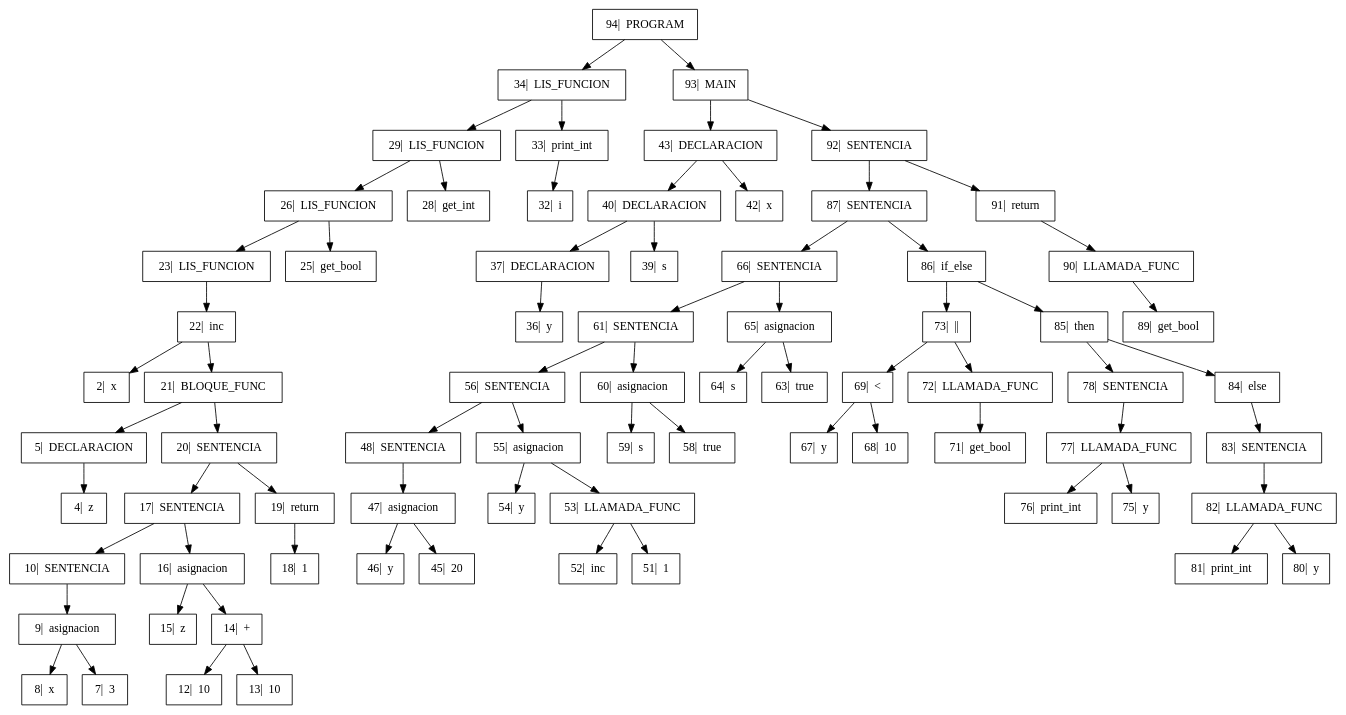
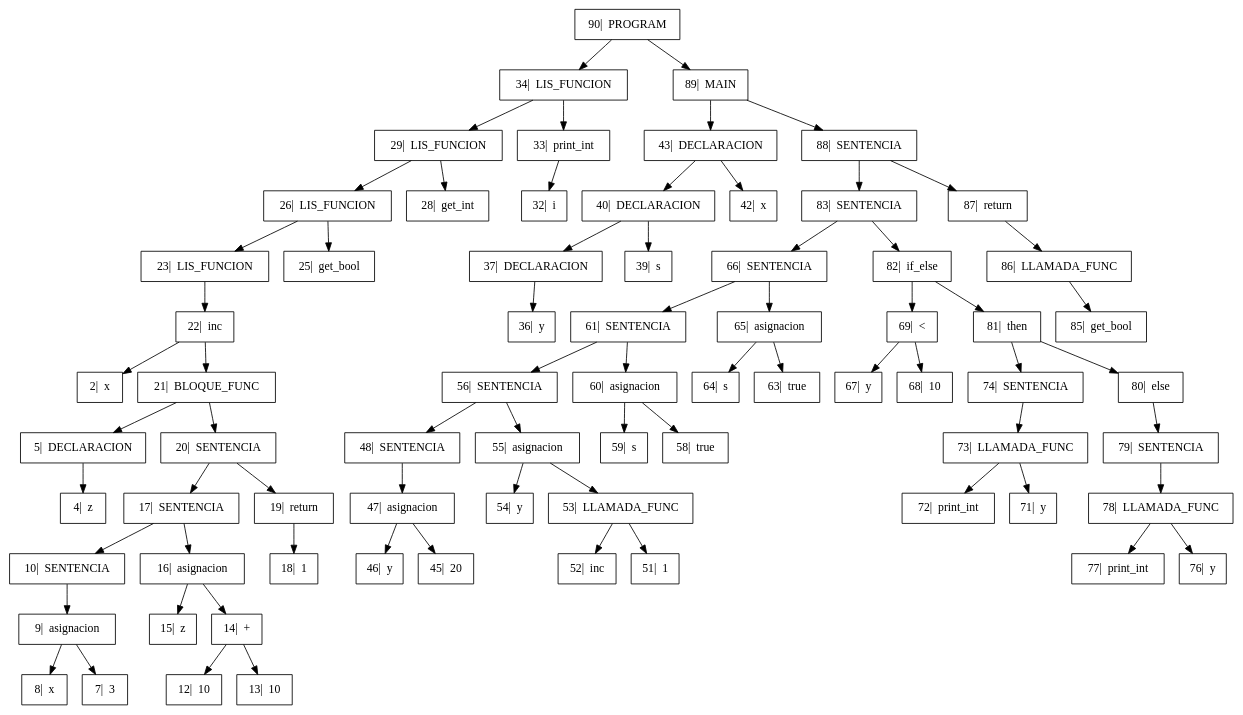
Before and after one commit to GiovA07/PRE-PROYECTO-COMPILADORES: the diagram in Proyecto/output/Arbol.dot, drawn with Graphviz. The commit also changed 1 other file, not shown here.

```diff
--- a/Proyecto/output/Arbol.dot
+++ b/Proyecto/output/Arbol.dot
@@ -1,49 +1,47 @@
 digraph{
 
 rankdir=TB;
 
 node[shape=box];
-"94|  PROGRAM" -> "34|  LIS_FUNCION", "93|  MAIN";
+"90|  PROGRAM" -> "34|  LIS_FUNCION", "89|  MAIN";
 "34|  LIS_FUNCION" -> "29|  LIS_FUNCION", "33|  print_int";
 "29|  LIS_FUNCION" -> "26|  LIS_FUNCION", "28|  get_int";
 "26|  LIS_FUNCION" -> "23|  LIS_FUNCION", "25|  get_bool";
 "23|  LIS_FUNCION" -> "22|  inc" ;
 "22|  inc" -> "2|  x", "21|  BLOQUE_FUNC";
 "21|  BLOQUE_FUNC" -> "5|  DECLARACION", "20|  SENTENCIA";
 "5|  DECLARACION" -> "4|  z" ;
 "20|  SENTENCIA" -> "17|  SENTENCIA", "19|  return";
 "17|  SENTENCIA" -> "10|  SENTENCIA", "16|  asignacion";
 "10|  SENTENCIA" -> "9|  asignacion" ;
 "9|  asignacion" -> "8|  x", "7|  3";
 "16|  asignacion" -> "15|  z", "14|  +";
 "14|  +" -> "12|  10", "13|  10";
 "19|  return" -> "18|  1" ;
 "33|  print_int" -> "32|  i" ;
-"93|  MAIN" -> "43|  DECLARACION", "92|  SENTENCIA";
+"89|  MAIN" -> "43|  DECLARACION", "88|  SENTENCIA";
 "43|  DECLARACION" -> "40|  DECLARACION", "42|  x";
 "40|  DECLARACION" -> "37|  DECLARACION", "39|  s";
 "37|  DECLARACION" -> "36|  y" ;
-"92|  SENTENCIA" -> "87|  SENTENCIA", "91|  return";
-"87|  SENTENCIA" -> "66|  SENTENCIA", "86|  if_else";
+"88|  SENTENCIA" -> "83|  SENTENCIA", "87|  return";
+"83|  SENTENCIA" -> "66|  SENTENCIA", "82|  if_else";
 "66|  SENTENCIA" -> "61|  SENTENCIA", "65|  asignacion";
 "61|  SENTENCIA" -> "56|  SENTENCIA", "60|  asignacion";
 "56|  SENTENCIA" -> "48|  SENTENCIA", "55|  asignacion";
 "48|  SENTENCIA" -> "47|  asignacion" ;
 "47|  asignacion" -> "46|  y", "45|  20";
 "55|  asignacion" -> "54|  y", "53|  LLAMADA_FUNC";
 "53|  LLAMADA_FUNC" -> "52|  inc", "51|  1";
 "60|  asignacion" -> "59|  s", "58|  true";
 "65|  asignacion" -> "64|  s", "63|  true";
-"86|  if_else" -> "73|  ||", "85|  then";
-"73|  ||" -> "69|  <", "72|  LLAMADA_FUNC";
+"82|  if_else" -> "69|  <", "81|  then";
 "69|  <" -> "67|  y", "68|  10";
-"72|  LLAMADA_FUNC" -> "71|  get_bool" ;
-"85|  then" -> "78|  SENTENCIA", "84|  else";
-"78|  SENTENCIA" -> "77|  LLAMADA_FUNC" ;
-"77|  LLAMADA_FUNC" -> "76|  print_int", "75|  y";
-"84|  else" -> "83|  SENTENCIA" ;
-"83|  SENTENCIA" -> "82|  LLAMADA_FUNC" ;
-"82|  LLAMADA_FUNC" -> "81|  print_int", "80|  y";
-"91|  return" -> "90|  LLAMADA_FUNC" ;
-"90|  LLAMADA_FUNC" -> "89|  get_bool" ;
+"81|  then" -> "74|  SENTENCIA", "80|  else";
+"74|  SENTENCIA" -> "73|  LLAMADA_FUNC" ;
+"73|  LLAMADA_FUNC" -> "72|  print_int", "71|  y";
+"80|  else" -> "79|  SENTENCIA" ;
+"79|  SENTENCIA" -> "78|  LLAMADA_FUNC" ;
+"78|  LLAMADA_FUNC" -> "77|  print_int", "76|  y";
+"87|  return" -> "86|  LLAMADA_FUNC" ;
+"86|  LLAMADA_FUNC" -> "85|  get_bool" ;
 }
```
